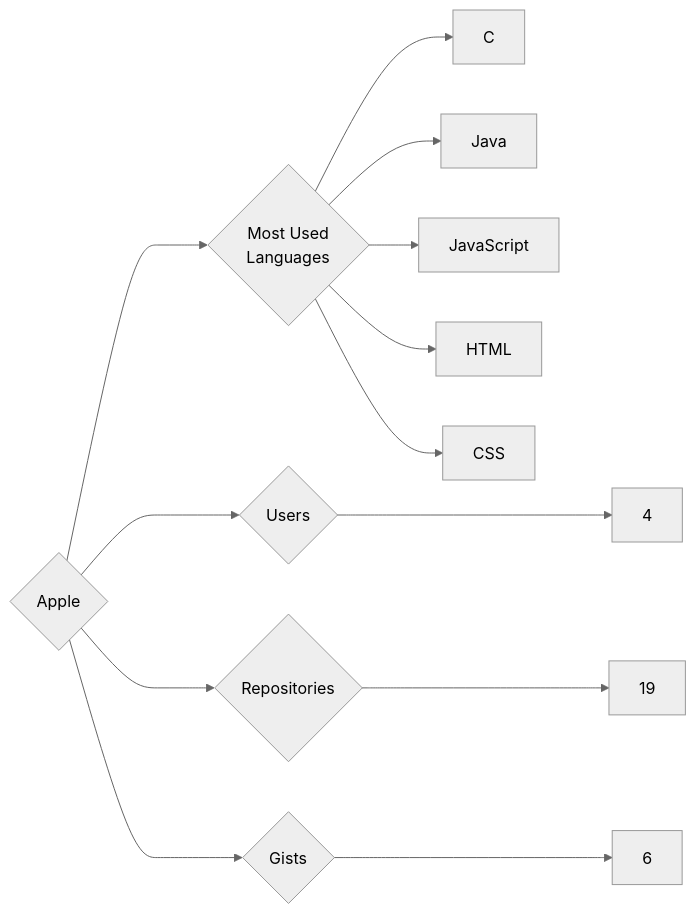
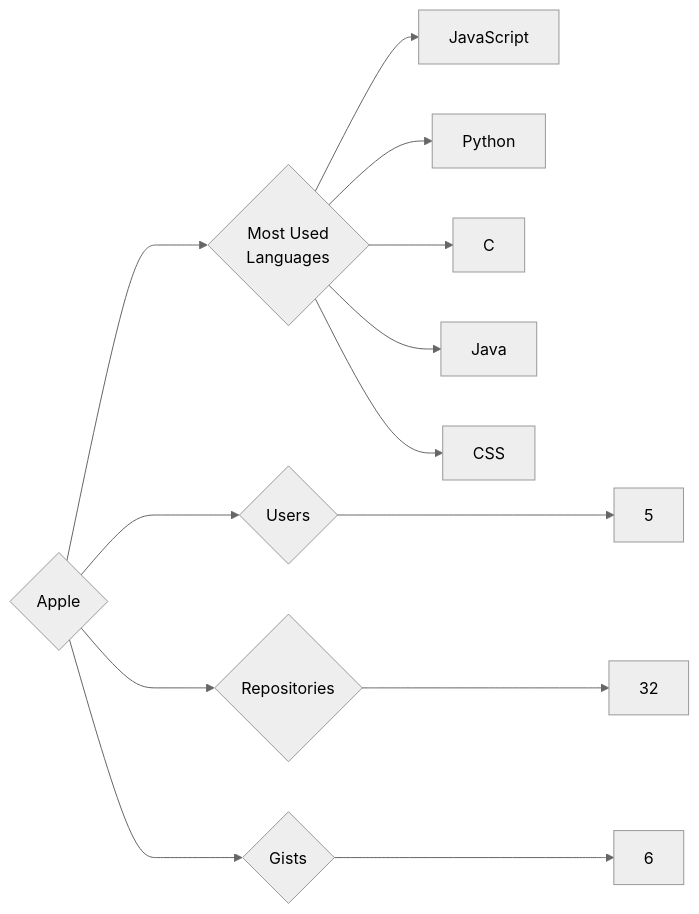
The diagram in targets/Apple/README.md (trickest/insiders), drawn with Mermaid (neutral theme) before and after one commit. The commit also changed 938 other files, not shown here.

````diff
--- a/targets/Apple/README.md
+++ b/targets/Apple/README.md
@@ -3,13 +3,13 @@
 ```mermaid
 graph LR
 COMPANY_NAME{Apple}
-COMPANY_NAME ---> U{Users} ---> UN[4]
-COMPANY_NAME ---> R{Repositories} ---> RN[19]
+COMPANY_NAME ---> U{Users} ---> UN[5]
+COMPANY_NAME ---> R{Repositories} ---> RN[32]
 COMPANY_NAME ---> G{Gists} ---> GN[6]
 COMPANY_NAME ---> ML{Most Used<br>Languages}
+ML --> JavaScript[JavaScript]
+ML --> Python[Python]
 ML --> C[C]
 ML --> Java[Java]
-ML --> JavaScript[JavaScript]
-ML --> HTML[HTML]
 ML --> CSS[CSS]
 ```
````
